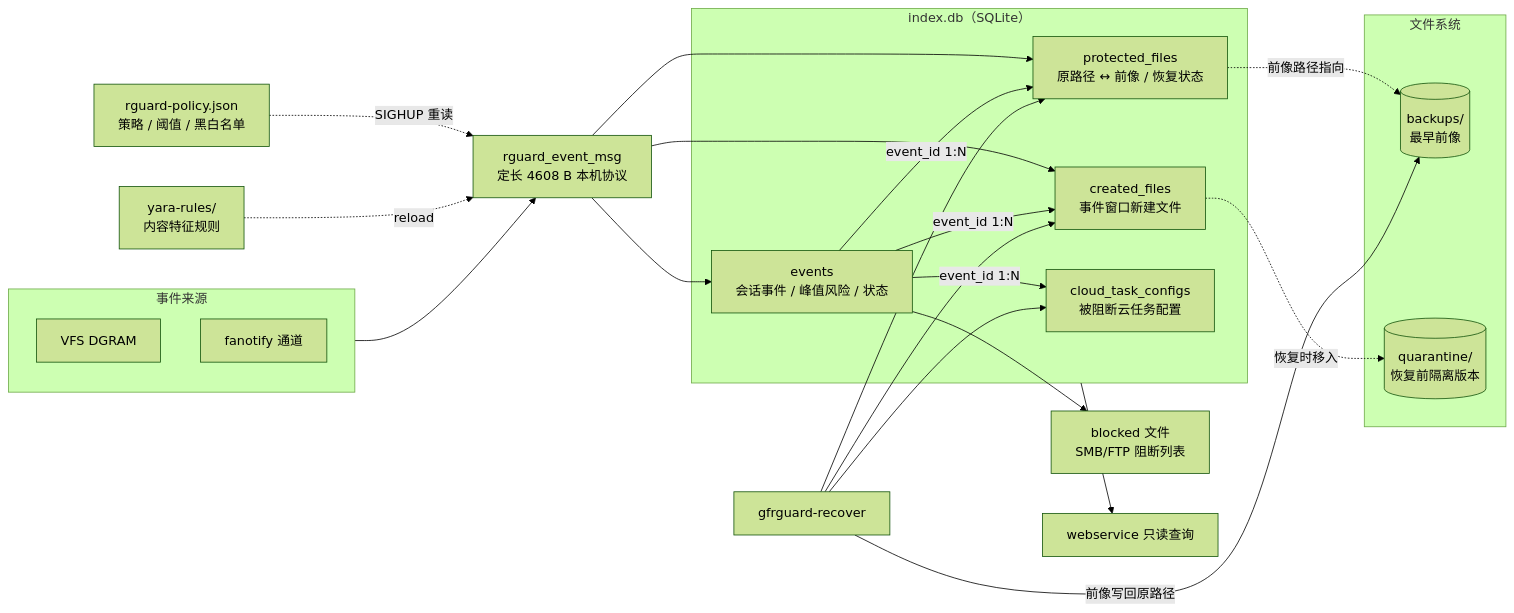
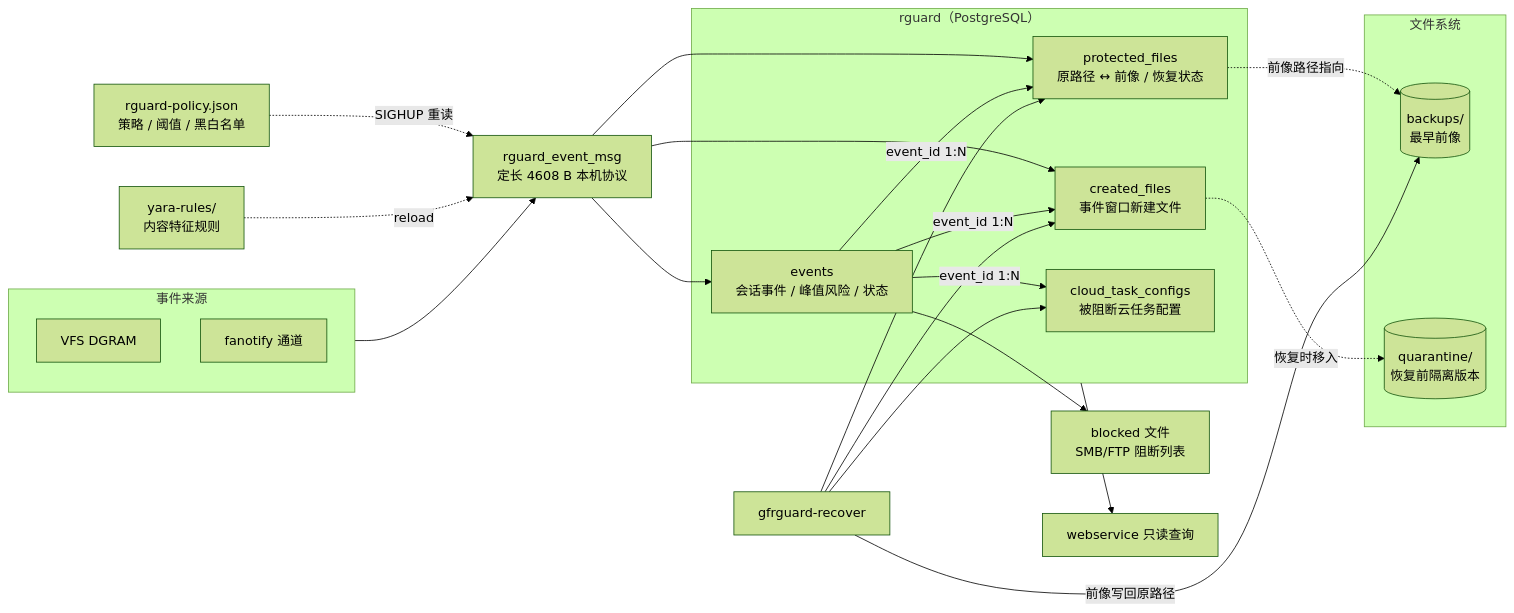
Before and after one commit to xd121614/ne_gfrguard: diagram 11 of 11 in doc/specs/architecture_v2.md, drawn with Mermaid (forest theme). The commit also changed other lines of this file, not shown here.

````diff
--- a/doc/specs/architecture_v2.md
+++ b/doc/specs/architecture_v2.md
@@ -623,41 +651,41 @@
 ```mermaid
 flowchart LR
 	subgraph IN["事件来源"]
 		VFSM[VFS DGRAM]
 		FANM[fanotify 通道]
 	end
 
 	MSG["rguard_event_msg<br/>定长 4608 B 本机协议"]
 
-	subgraph DB["index.db（SQLite）"]
+	subgraph DB["rguard（PostgreSQL）"]
 		EV[events<br/>会话事件 / 峰值风险 / 状态]
 		PF[protected_files<br/>原路径 ↔ 前像 / 恢复状态]
 		CF[created_files<br/>事件窗口新建文件]
 		CT[cloud_task_configs<br/>被阻断云任务配置]
 	end
 
 	subgraph FS["文件系统"]
 		BKP[("backups/<br/>最早前像")]
 		QUR[("quarantine/<br/>恢复前隔离版本")]
 	end
 
 	POL["rguard-policy.json<br/>策略 / 阈值 / 黑白名单"]
 	YARA["yara-rules/<br/>内容特征规则"]
 	BLK["blocked 文件<br/>SMB/FTP 阻断列表"]
 	WEB[webservice 只读查询]
 	RECV[gfrguard-recover]
 
 	IN --> MSG --> EV
 	MSG --> PF & CF
 	POL -.->|SIGHUP 重读| MSG
 	EV -->|event_id 1:N| PF
 	EV -->|event_id 1:N| CF
 	EV -->|event_id 1:N| CT
 	PF -.->|前像路径指向| BKP
 	CF -.->|恢复时移入| QUR
 	YARA -.->|reload| MSG
 	EV --> BLK
 	DB --> WEB
 	RECV --> PF & CF & CT
 	RECV -->|前像写回原路径| BKP
 ```
````
